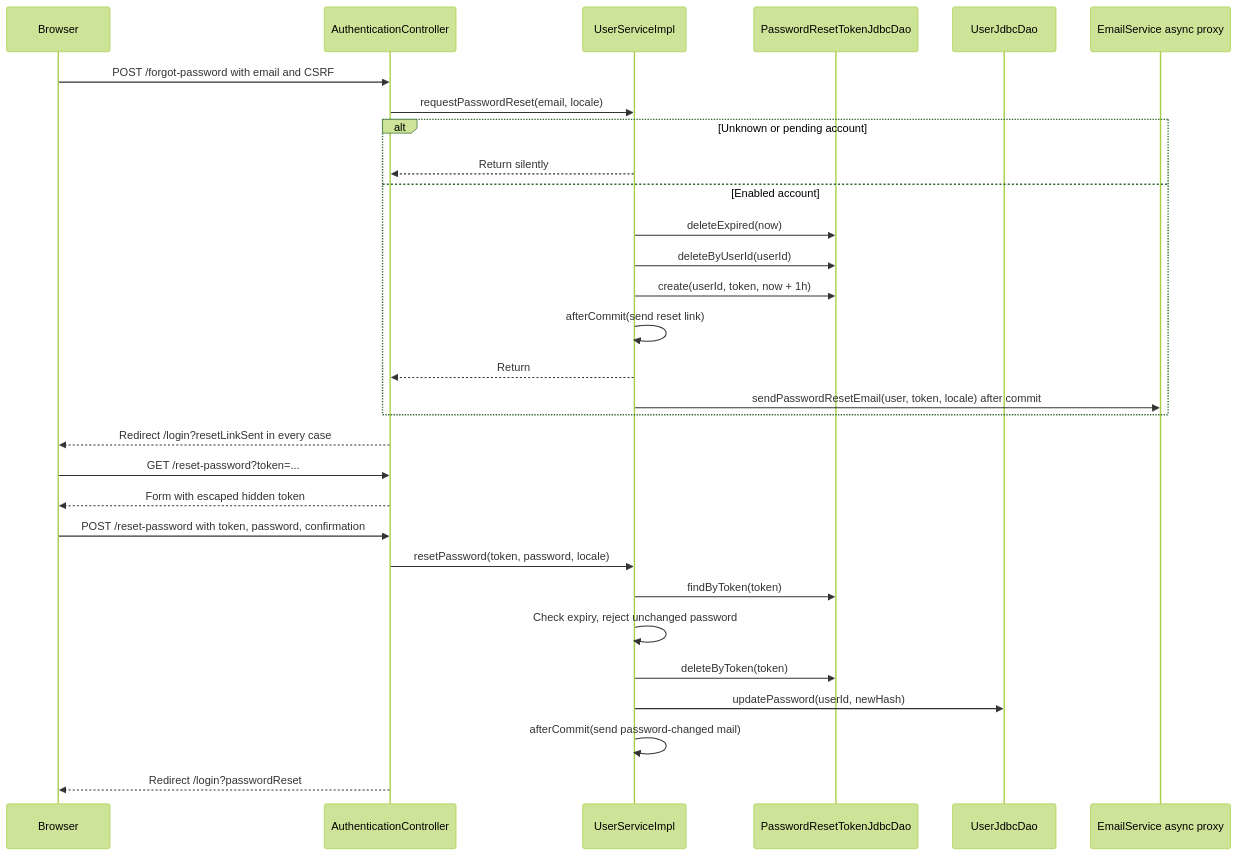
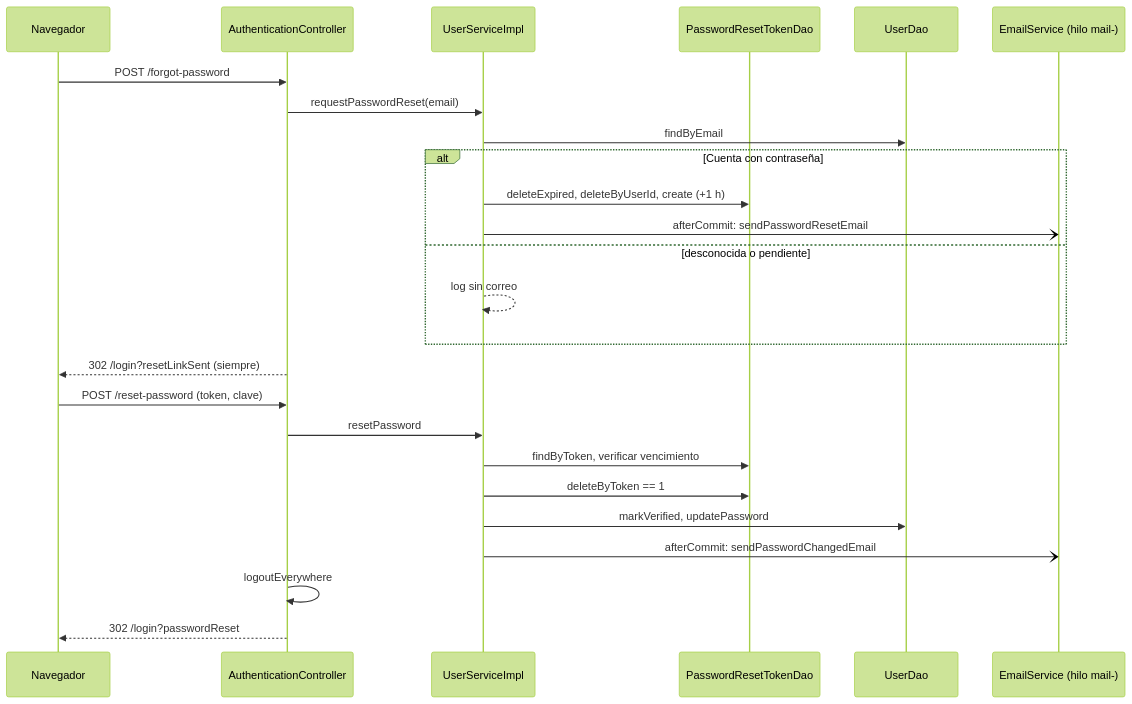
One commit to BautistaPessagno/PAW_Vault changed the diagram in Password recovery flow.md. Above: the diagram before and after it, drawn with Mermaid (forest theme). The commit also changed other lines of this file and 353 other files, not shown here.

````diff
--- a/Password recovery flow.md
+++ b/Password recovery flow.md
@@ -21,32 +72,27 @@
 ```mermaid
 sequenceDiagram
-    participant B as Browser
+    participant B as Navegador
     participant C as AuthenticationController
     participant U as UserServiceImpl
-    participant T as PasswordResetTokenJdbcDao
-    participant D as UserJdbcDao
-    participant E as EmailService async proxy
-    B->>C: POST /forgot-password with email and CSRF
-    C->>U: requestPasswordReset(email, locale)
-    alt Unknown or pending account
-        U-->>C: Return silently
-    else Enabled account
-        U->>T: deleteExpired(now)
-        U->>T: deleteByUserId(userId)
-        U->>T: create(userId, token, now + 1h)
-        U->>U: afterCommit(send reset link)
-        U-->>C: Return
-        U->>E: sendPasswordResetEmail(user, token, locale) after commit
+    participant T as PasswordResetTokenDao
+    participant D as UserDao
+    participant M as EmailService (hilo mail-)
+    B->>C: POST /forgot-password
+    C->>U: requestPasswordReset(email)
+    U->>D: findByEmail
+    alt Cuenta con contraseña
+        U->>T: deleteExpired, deleteByUserId, create (+1 h)
+        U-)M: afterCommit: sendPasswordResetEmail
+    else desconocida o pendiente
+        U-->>U: log sin correo
     end
-    C-->>B: Redirect /login?resetLinkSent in every case
-    B->>C: GET /reset-password?token=...
-    C-->>B: Form with escaped hidden token
-    B->>C: POST /reset-password with token, password, confirmation
-    C->>U: resetPassword(token, password, locale)
-    U->>T: findByToken(token)
-    U->>U: Check expiry, reject unchanged password
-    U->>T: deleteByToken(token)
-    U->>D: updatePassword(userId, newHash)
-    U->>U: afterCommit(send password-changed mail)
-    C-->>B: Redirect /login?passwordReset
+    C-->>B: 302 /login?resetLinkSent (siempre)
+    B->>C: POST /reset-password (token, clave)
+    C->>U: resetPassword
+    U->>T: findByToken, verificar vencimiento
+    U->>T: deleteByToken == 1
+    U->>D: markVerified, updatePassword
+    U-)M: afterCommit: sendPasswordChangedEmail
+    C->>C: logoutEverywhere
+    C-->>B: 302 /login?passwordReset
 ```
````
